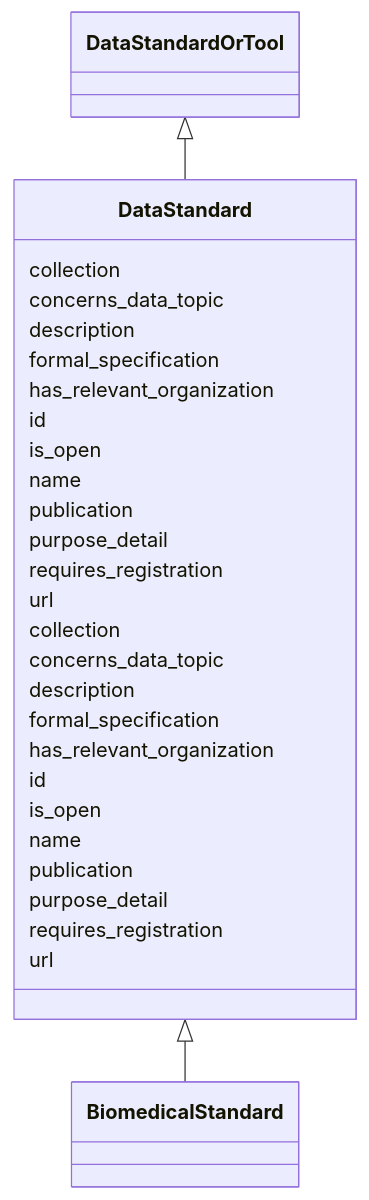
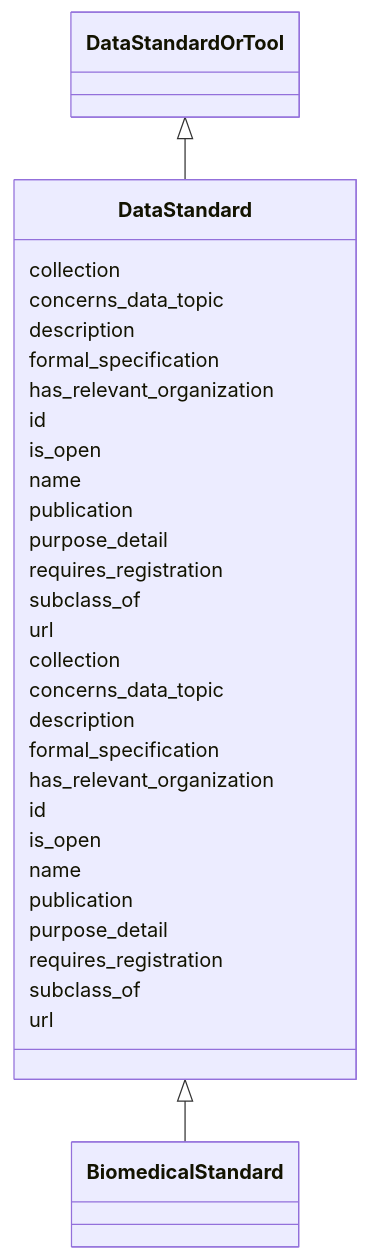
Before and after one commit to bridge2ai/standards-schemas: the diagram in docs/DataStandard.md, drawn with Mermaid. The commit also changed other lines of this file and 57 other files, not shown here.

````diff
--- a/docs/DataStandard.md
+++ b/docs/DataStandard.md
@@ -10,35 +11,37 @@
 ```mermaid
  classDiagram
     class DataStandard
       DataStandardOrTool <|-- DataStandard
       
       DataStandard : collection
       DataStandard : concerns_data_topic
       DataStandard : description
       DataStandard : formal_specification
       DataStandard : has_relevant_organization
       DataStandard : id
       DataStandard : is_open
       DataStandard : name
       DataStandard : publication
       DataStandard : purpose_detail
       DataStandard : requires_registration
+      DataStandard : subclass_of
       DataStandard : url
       
 
       DataStandard <|-- BiomedicalStandard
       
       DataStandard : collection
       DataStandard : concerns_data_topic
       DataStandard : description
       DataStandard : formal_specification
       DataStandard : has_relevant_organization
       DataStandard : id
       DataStandard : is_open
       DataStandard : name
       DataStandard : publication
       DataStandard : purpose_detail
       DataStandard : requires_registration
+      DataStandard : subclass_of
       DataStandard : url
       
 ```
````
